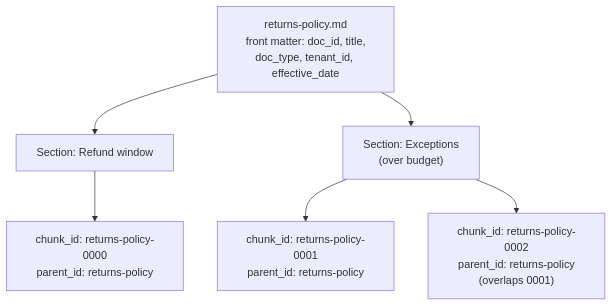
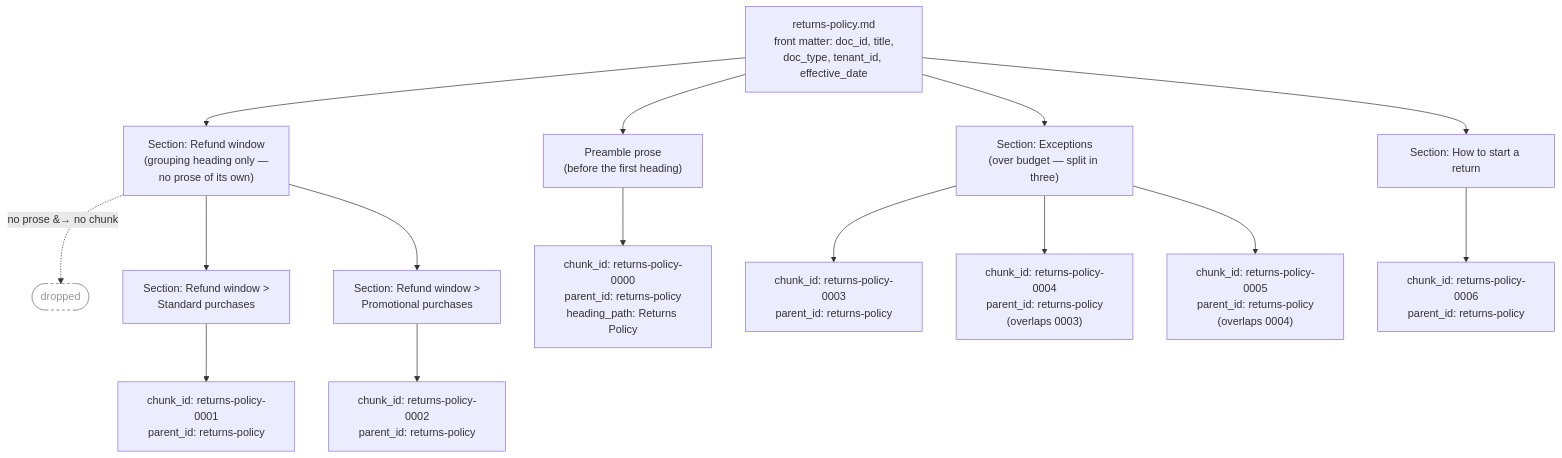
One commit to kehao-playground/azure-genai-backend-lab changed the diagram in docs/diagrams/document-to-chunks.md. Above: the diagram before and after it, drawn with Mermaid. The commit also changed other lines of this file and 1 other file, not shown here.

Commit message:
docs: fix chunk-fan-out diagram and close design-record gaps from final review
The document-to-chunks diagram drew "Refund window" as producing a chunk and
"Exceptions" splitting in two, exactly the pattern rag-indexing.md's
no-prose-no-chunk rule uses as its own counter-example. Redrew it against the
actual chunker output over the shipped corpus: the preamble becomes 0000, the
grouping heading is shown explicitly dropped, and Exceptions splits into
three (0003-0005).

Also closes several gaps a whole-branch pass surfaced in rag-indexing.md:
records effective_date's unresolved date-vs-DateTimeOffset serialization gap,
names INDEX_NAME and the pre-existing azure_search_index_name setting as
unreconciled, flags the hard-coded en.microsoft analyzer as an undefended,
irreversible, English-only choice against a CJK-aware chunker, corrects an
overstated claim about the overlap-validator's current reach, and tightens
one guard equivalence for the overlap_chars == 0 case.

````diff
--- a/docs/diagrams/document-to-chunks.md
+++ b/docs/diagrams/document-to-chunks.md
@@ -7,9 +7,21 @@
 ```mermaid
 flowchart TD
     doc["returns-policy.md<br/>front matter: doc_id, title,<br/>doc_type, tenant_id, effective_date"]
-    doc --> s1["Section: Refund window"]
-    doc --> s2["Section: Exceptions<br/>(over budget)"]
-    s1 --> c0["chunk_id: returns-policy-0000<br/>parent_id: returns-policy"]
-    s2 --> c1["chunk_id: returns-policy-0001<br/>parent_id: returns-policy"]
-    s2 --> c2["chunk_id: returns-policy-0002<br/>parent_id: returns-policy<br/>(overlaps 0001)"]
+    doc --> pre["Preamble prose<br/>(before the first heading)"]
+    doc --> grp["Section: Refund window<br/>(grouping heading only —<br/>no prose of its own)"]
+    grp -.->|"no prose &#8594; no chunk"| dropped(["dropped"])
+    grp --> s1["Section: Refund window &gt;<br/>Standard purchases"]
+    grp --> s2["Section: Refund window &gt;<br/>Promotional purchases"]
+    doc --> s3["Section: Exceptions<br/>(over budget &mdash; split in three)"]
+    doc --> s4["Section: How to start a return"]
+    pre --> c0["chunk_id: returns-policy-0000<br/>parent_id: returns-policy<br/>heading_path: Returns Policy"]
+    s1 --> c1["chunk_id: returns-policy-0001<br/>parent_id: returns-policy"]
+    s2 --> c2["chunk_id: returns-policy-0002<br/>parent_id: returns-policy"]
+    s3 --> c3["chunk_id: returns-policy-0003<br/>parent_id: returns-policy"]
+    s3 --> c4["chunk_id: returns-policy-0004<br/>parent_id: returns-policy<br/>(overlaps 0003)"]
+    s3 --> c5["chunk_id: returns-policy-0005<br/>parent_id: returns-policy<br/>(overlaps 0004)"]
+    s4 --> c6["chunk_id: returns-policy-0006<br/>parent_id: returns-policy"]
+
+    classDef dropped fill:none,stroke:#999,stroke-dasharray: 4 4,color:#999;
+    class dropped dropped;
 ```
````
